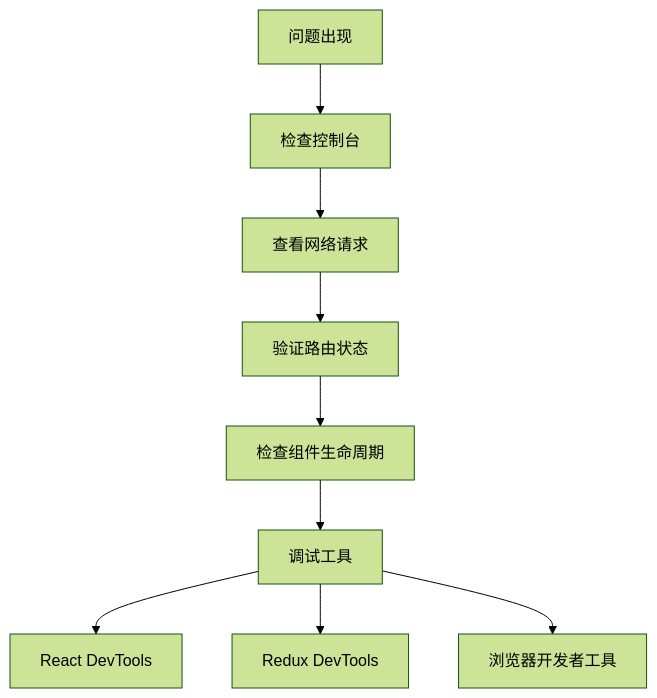
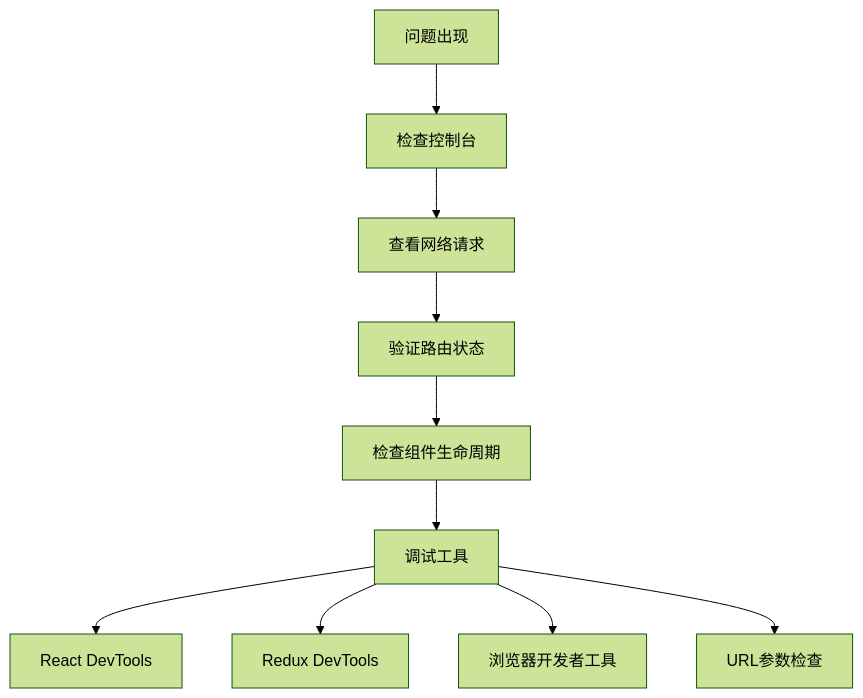
Before and after one commit to gree-coder/fund-butler: diagram 15 of 15 in .qoder/repowiki/zh/content/核心功能开发/SPA路由支持.md, drawn with Mermaid (forest theme). The commit also changed other lines of this file and 12 other files, not shown here.

````diff
--- a/.qoder/repowiki/zh/content/核心功能开发/SPA路由支持.md
+++ b/.qoder/repowiki/zh/content/核心功能开发/SPA路由支持.md
@@ -458,11 +577,12 @@
 ```mermaid
 flowchart TD
 A[问题出现] --> B[检查控制台]
 B --> C[查看网络请求]
 C --> D[验证路由状态]
 D --> E[检查组件生命周期]
 E --> F[调试工具]
 F --> G[React DevTools]
 F --> H[Redux DevTools]
 F --> I[浏览器开发者工具]
+F --> J[URL参数检查]
 ```
````
